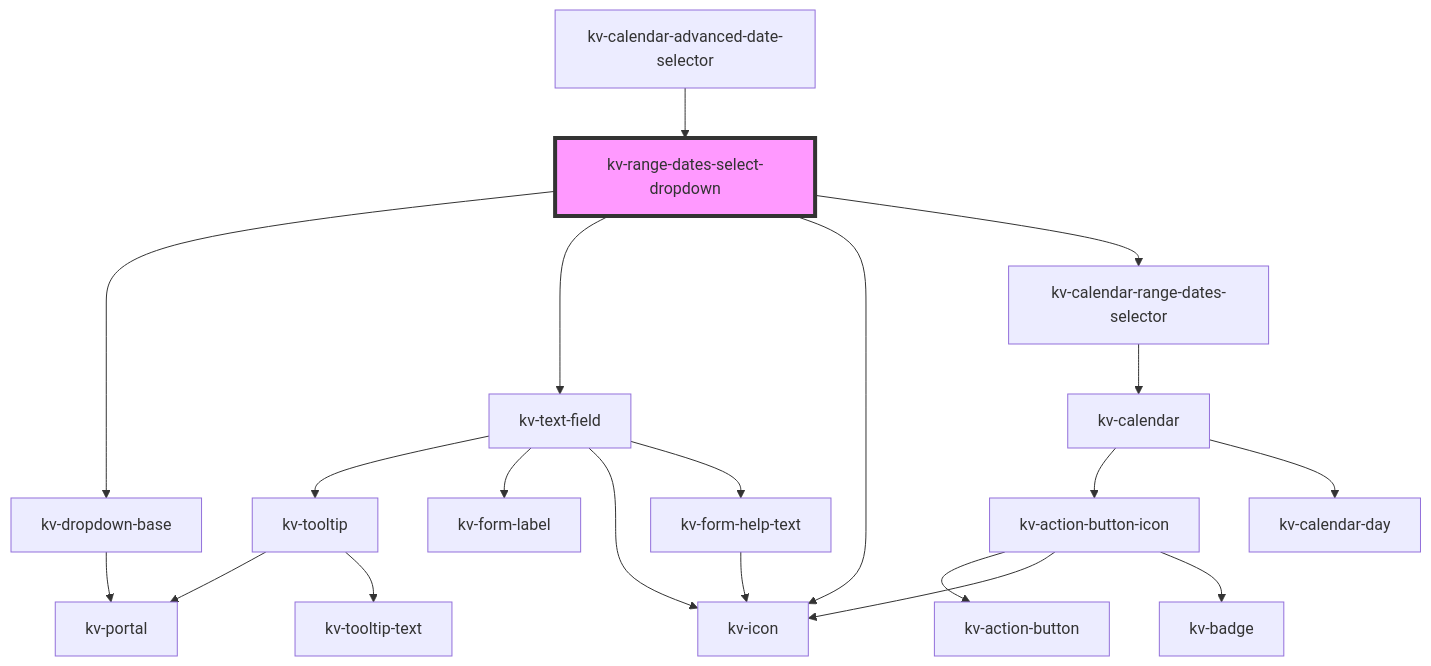
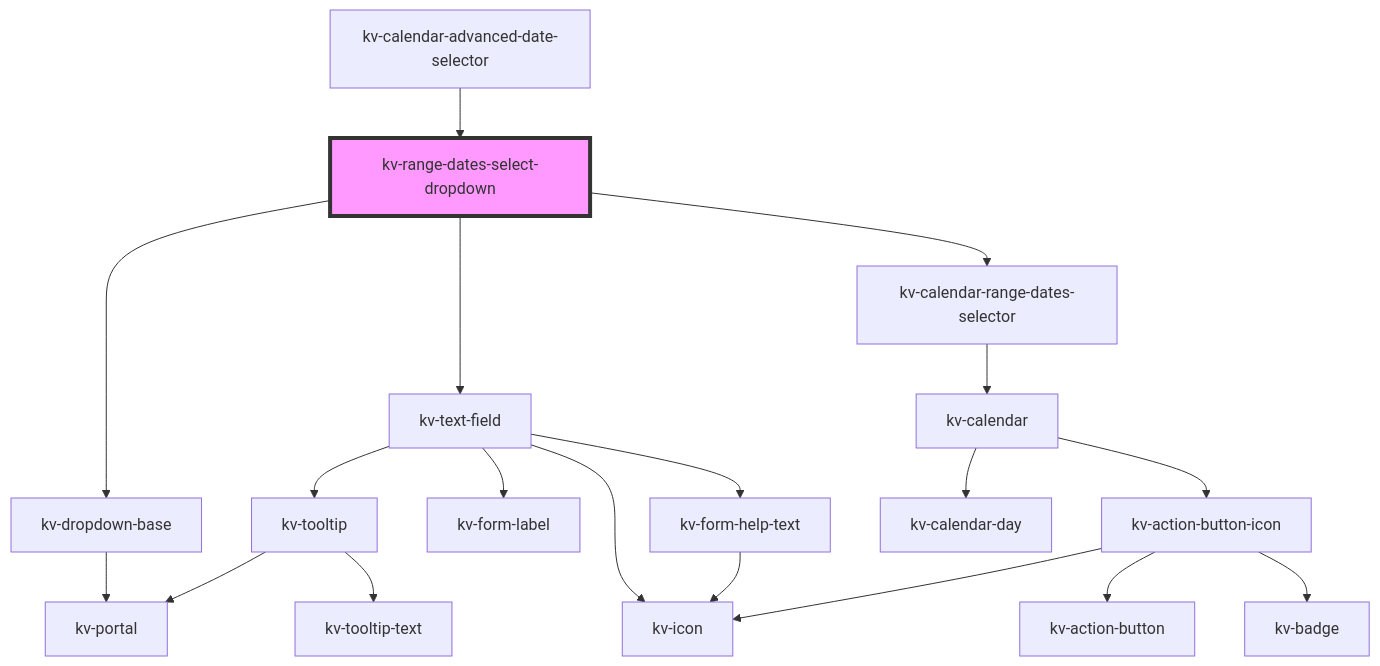
One commit to kelvininc/ui-components changed the diagram in packages/ui-components/src/components/range-dates-select-dropdown/readme.md. Above: the diagram before and after it, drawn with Mermaid. The commit also changed other lines of this file and 25 other files, not shown here.

````diff
--- a/packages/ui-components/src/components/range-dates-select-dropdown/readme.md
+++ b/packages/ui-components/src/components/range-dates-select-dropdown/readme.md
@@ -84,23 +83,22 @@
 ```mermaid
 graph TD;
   kv-range-dates-select-dropdown --> kv-dropdown-base
   kv-range-dates-select-dropdown --> kv-text-field
-  kv-range-dates-select-dropdown --> kv-icon
   kv-range-dates-select-dropdown --> kv-calendar-range-dates-selector
   kv-dropdown-base --> kv-portal
   kv-text-field --> kv-tooltip
   kv-text-field --> kv-form-label
   kv-text-field --> kv-icon
   kv-text-field --> kv-form-help-text
   kv-tooltip --> kv-portal
   kv-tooltip --> kv-tooltip-text
   kv-form-help-text --> kv-icon
   kv-calendar-range-dates-selector --> kv-calendar
   kv-calendar --> kv-action-button-icon
   kv-calendar --> kv-calendar-day
   kv-action-button-icon --> kv-action-button
   kv-action-button-icon --> kv-icon
   kv-action-button-icon --> kv-badge
   kv-calendar-advanced-date-selector --> kv-range-dates-select-dropdown
   style kv-range-dates-select-dropdown fill:#f9f,stroke:#333,stroke-width:4px
 ```
````
